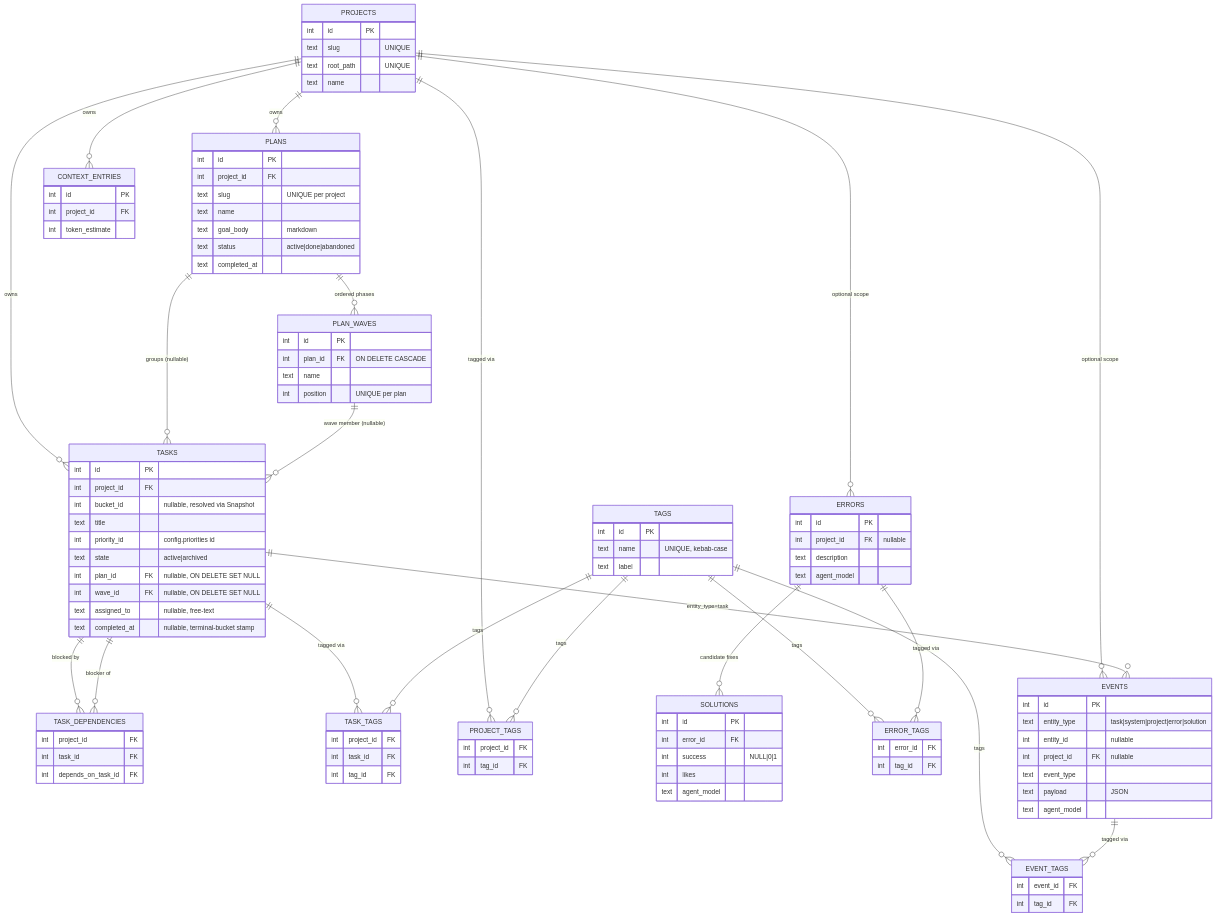
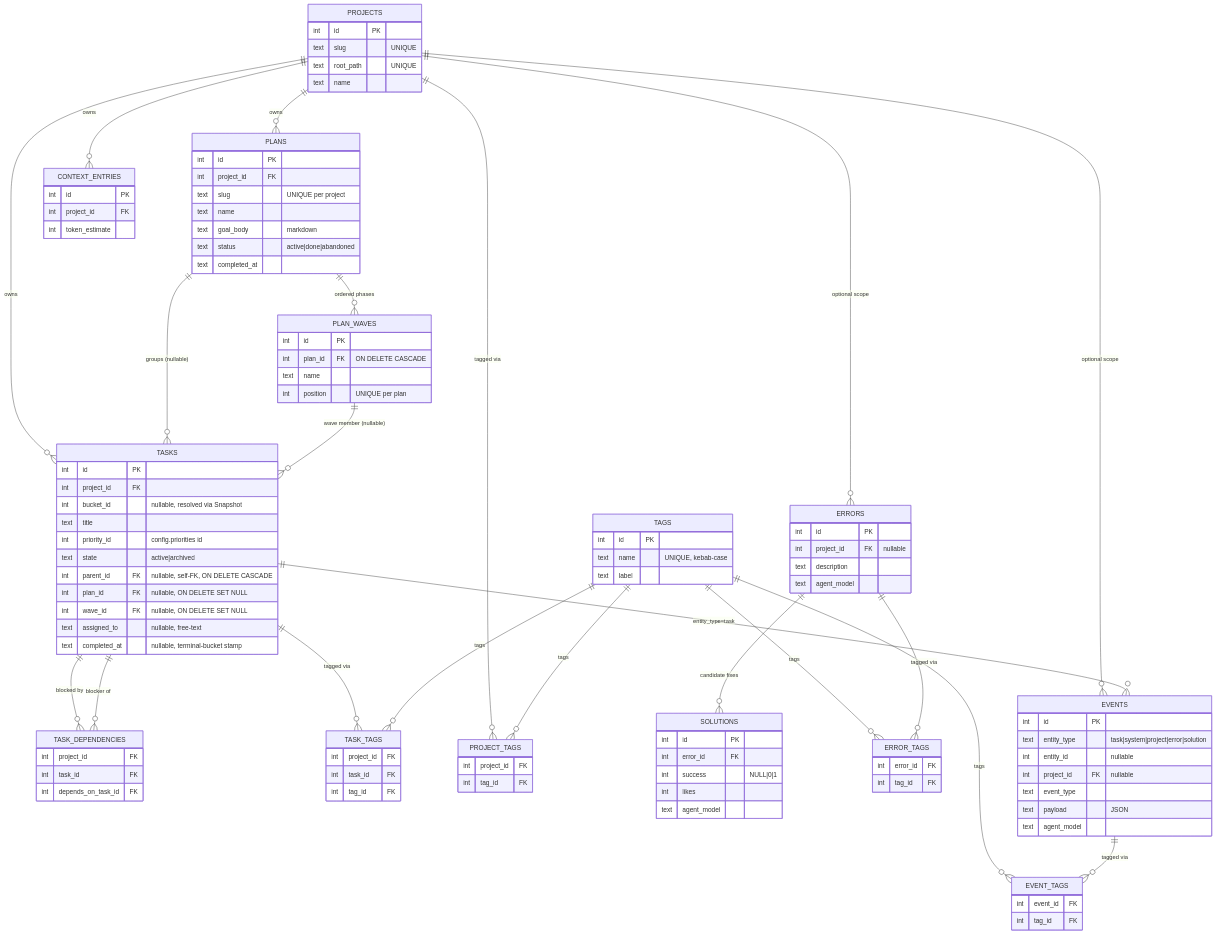
Before and after one commit to This-Is-NPC/omakiten: the diagram in .docs/internal/data-model-guide.md, drawn with Mermaid. The commit also changed other lines of this file and 5 other files, not shown here.

Commit message:
docs(internal): update architecture and requirements for v027

```diff
--- a/.docs/internal/data-model-guide.md
+++ b/.docs/internal/data-model-guide.md
@@ -69,6 +72,7 @@
         text title
         int  priority_id "config.priorities id"
         text state "active|archived"
+        int  parent_id FK "nullable, self-FK, ON DELETE CASCADE"
         int  plan_id FK "nullable, ON DELETE SET NULL"
         int  wave_id FK "nullable, ON DELETE SET NULL"
         text assigned_to "nullable, free-text"
```
